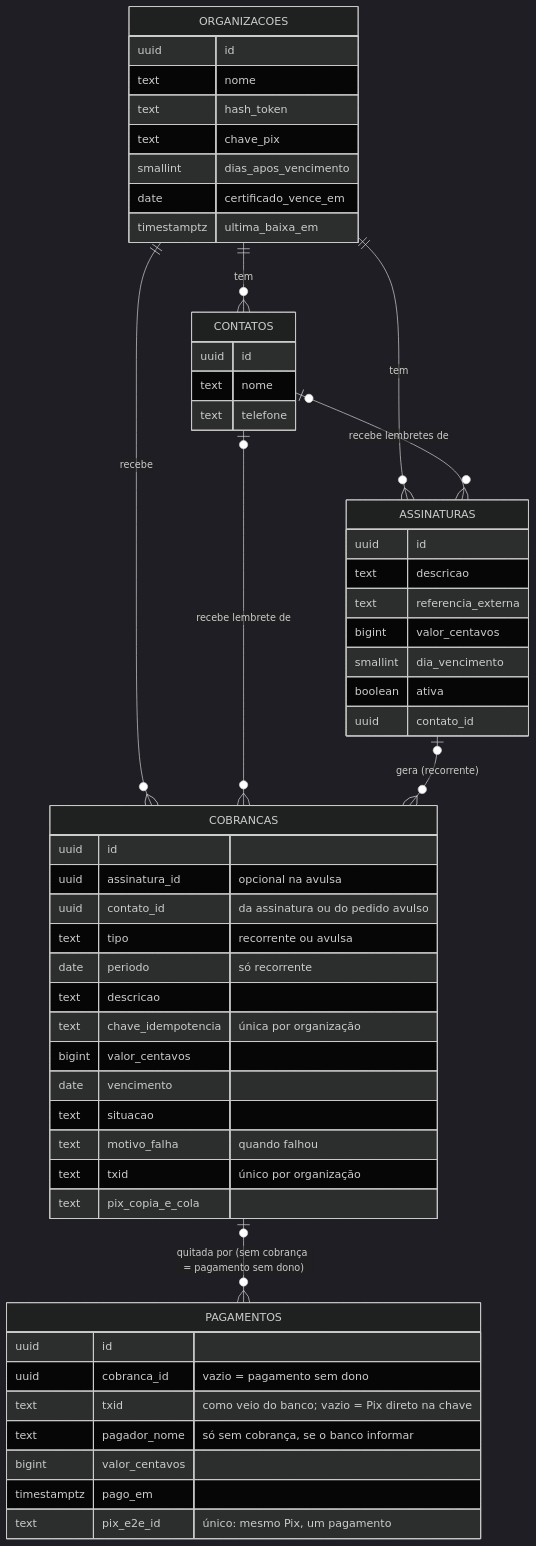
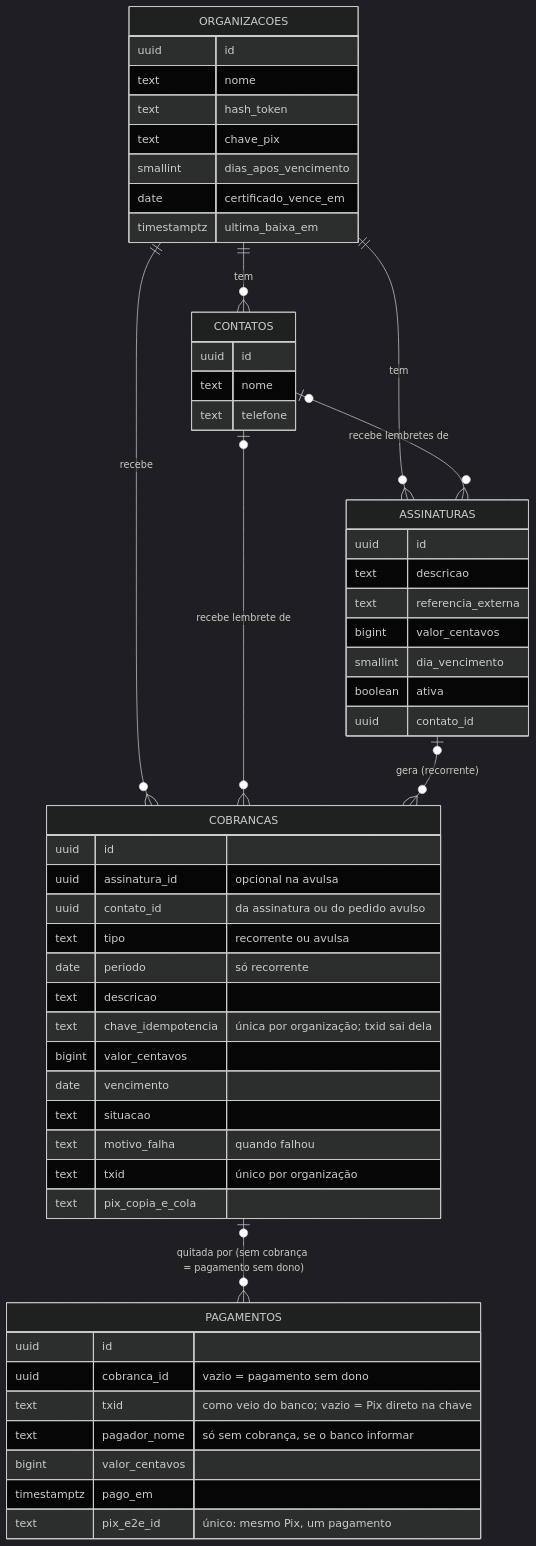
One commit to leonardorudolfocardoso/pix-em-dia changed the eighth of 9 diagrams in docs/processos.md. Above: the diagram before and after it, drawn with Mermaid (dark theme). The commit also changed other lines of this file and 1 other file, not shown here.

Commit message:
txid calculado a partir da chave de idempotência (E1.5)
Uma fonte só para o que é duplicata: a chave. Na recorrente ela é
mensal:<assinatura>:<periodo>; na avulsa, a do pedido.

Claude-Session: https://claude.ai/code/session_014tLRxcr4whGzjPqpJzq2PS

````diff
--- a/docs/processos.md
+++ b/docs/processos.md
@@ -205,57 +205,57 @@
 ```mermaid
 erDiagram
   ORGANIZACOES ||--o{ ASSINATURAS : tem
   ORGANIZACOES ||--o{ COBRANCAS : recebe
   ORGANIZACOES ||--o{ CONTATOS : tem
   CONTATOS |o--o{ ASSINATURAS : "recebe lembretes de"
   CONTATOS |o--o{ COBRANCAS : "recebe lembrete de"
   ASSINATURAS |o--o{ COBRANCAS : "gera (recorrente)"
   COBRANCAS |o--o{ PAGAMENTOS : "quitada por (sem cobrança = pagamento sem dono)"
   ORGANIZACOES {
     uuid id
     text nome
     text hash_token
     text chave_pix
     smallint dias_apos_vencimento
     date certificado_vence_em
     timestamptz ultima_baixa_em
   }
   ASSINATURAS {
     uuid id
     text descricao
     text referencia_externa
     bigint valor_centavos
     smallint dia_vencimento
     boolean ativa
     uuid contato_id
   }
   CONTATOS {
     uuid id
     text nome
     text telefone
   }
   COBRANCAS {
     uuid id
     uuid assinatura_id "opcional na avulsa"
     uuid contato_id "da assinatura ou do pedido avulso"
     text tipo "recorrente ou avulsa"
     date periodo "só recorrente"
     text descricao
-    text chave_idempotencia "única por organização"
+    text chave_idempotencia "única por organização; txid sai dela"
     bigint valor_centavos
     date vencimento
     text situacao
     text motivo_falha "quando falhou"
     text txid "único por organização"
     text pix_copia_e_cola
   }
   PAGAMENTOS {
     uuid id
     uuid cobranca_id "vazio = pagamento sem dono"
     text txid "como veio do banco; vazio = Pix direto na chave"
     text pagador_nome "só sem cobrança, se o banco informar"
     bigint valor_centavos
     timestamptz pago_em
     text pix_e2e_id "único: mesmo Pix, um pagamento"
   }
 ```
````
